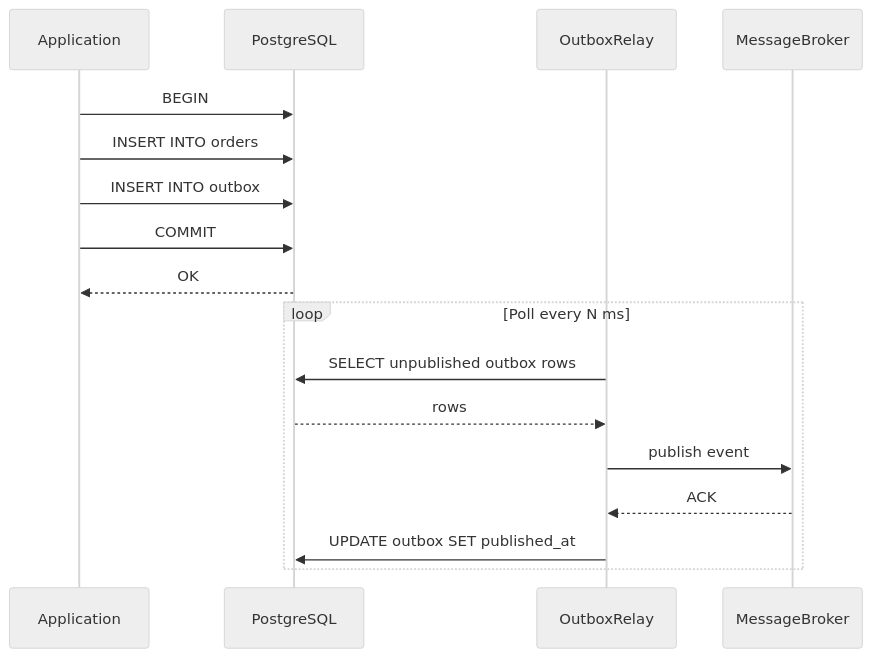
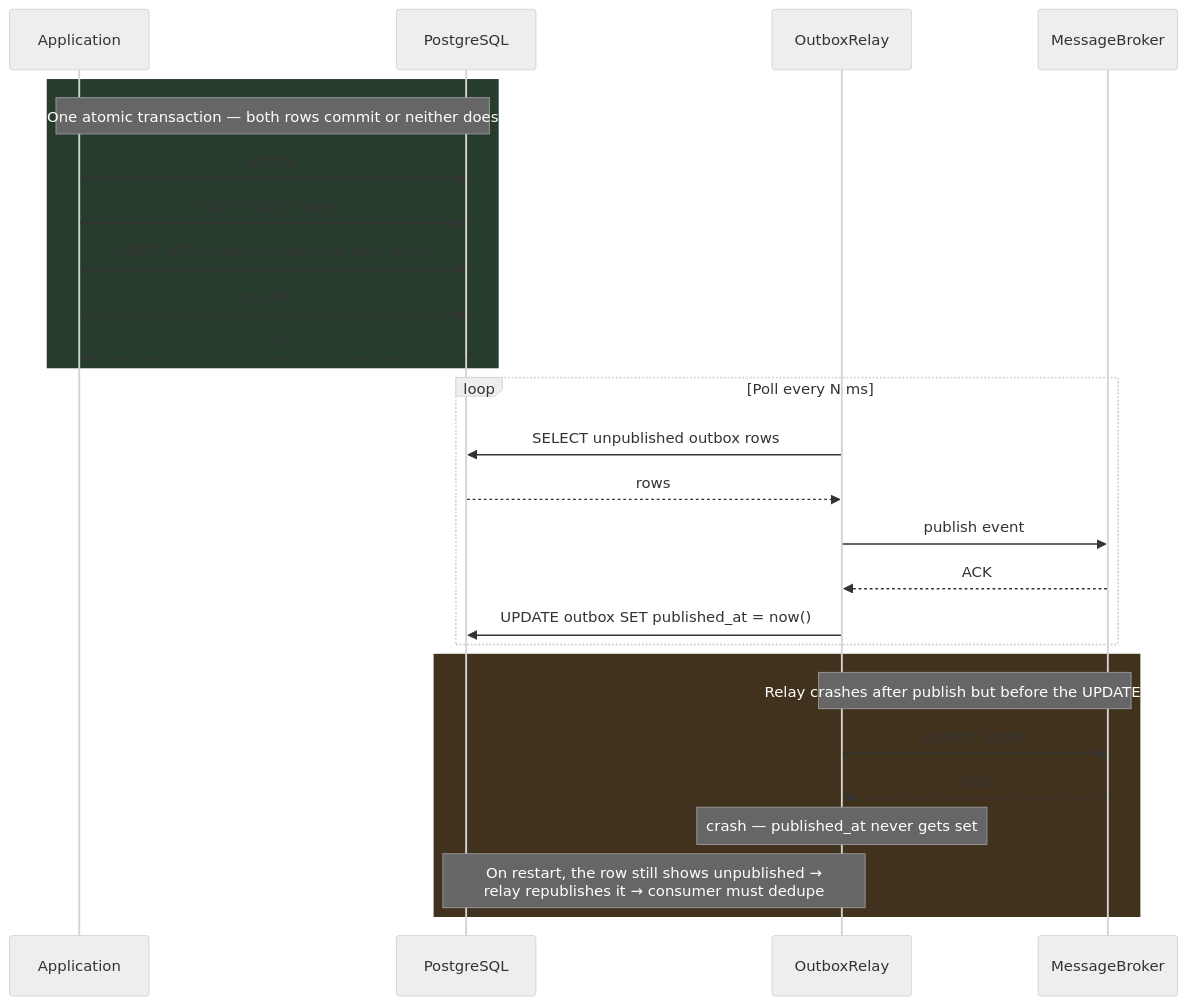
Before and after one commit to deepanshu-rawat6/DevOpsIndex: the sixth of 9 diagrams in system-design/distributed-transactions.md, drawn with Mermaid (neutral theme). The commit also changed other lines of this file and 8 other files, not shown here.

````diff
--- a/system-design/distributed-transactions.md
+++ b/system-design/distributed-transactions.md
@@ -220,21 +352,32 @@
 ```mermaid
 sequenceDiagram
     participant App as Application
     participant DB as PostgreSQL
     participant Relay as OutboxRelay
     participant Broker as MessageBroker
 
+    rect rgb(40, 60, 45)
+    Note over App,DB: One atomic transaction — both rows commit or neither does
     App->>DB: BEGIN
     App->>DB: INSERT INTO orders
-    App->>DB: INSERT INTO outbox
+    App->>DB: INSERT INTO outbox (published_at = NULL)
     App->>DB: COMMIT
     DB-->>App: OK
+    end
 
     loop Poll every N ms
         Relay->>DB: SELECT unpublished outbox rows
         DB-->>Relay: rows
         Relay->>Broker: publish event
         Broker-->>Relay: ACK
-        Relay->>DB: UPDATE outbox SET published_at
+        Relay->>DB: UPDATE outbox SET published_at = now()
+    end
+
+    rect rgb(65, 50, 30)
+    Note over Relay,Broker: Relay crashes after publish but before the UPDATE lands
+    Relay->>Broker: publish event
+    Broker-->>Relay: ACK
+    Note over Relay: crash — published_at never gets set
+    Note over Relay,DB: On restart, the row still shows unpublished →<br/>relay republishes it → consumer must dedupe
     end
 ```
````
